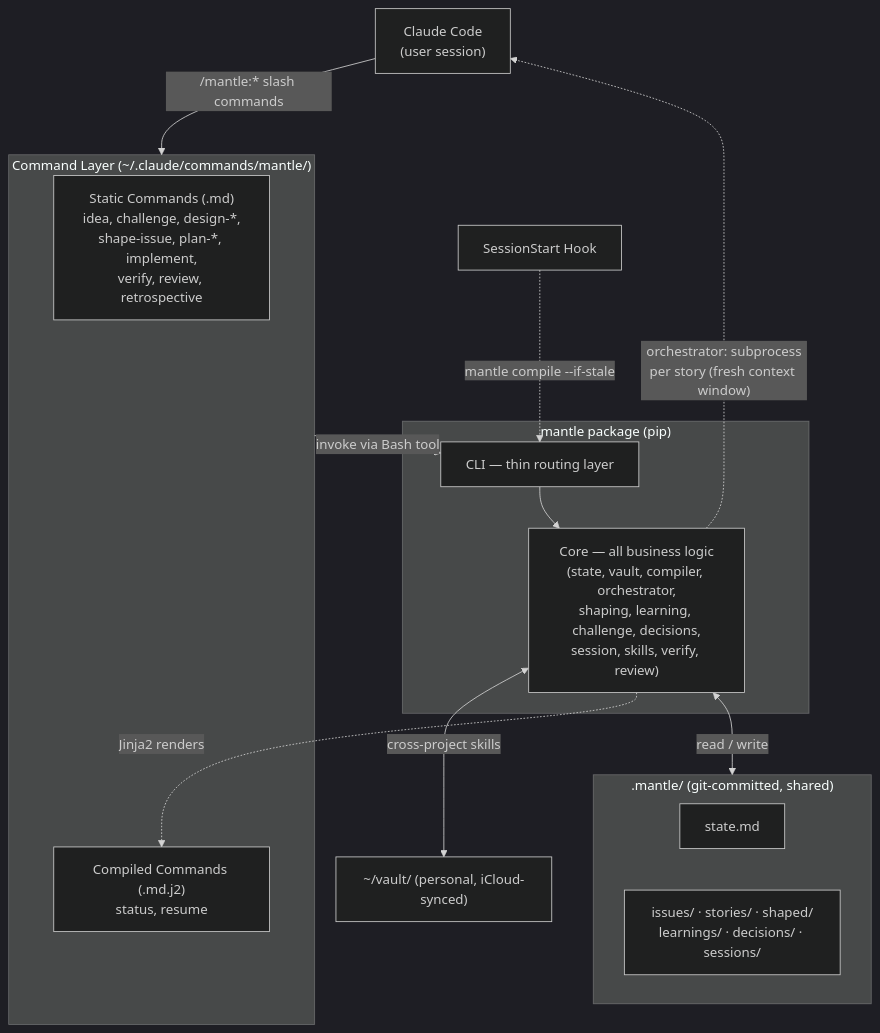
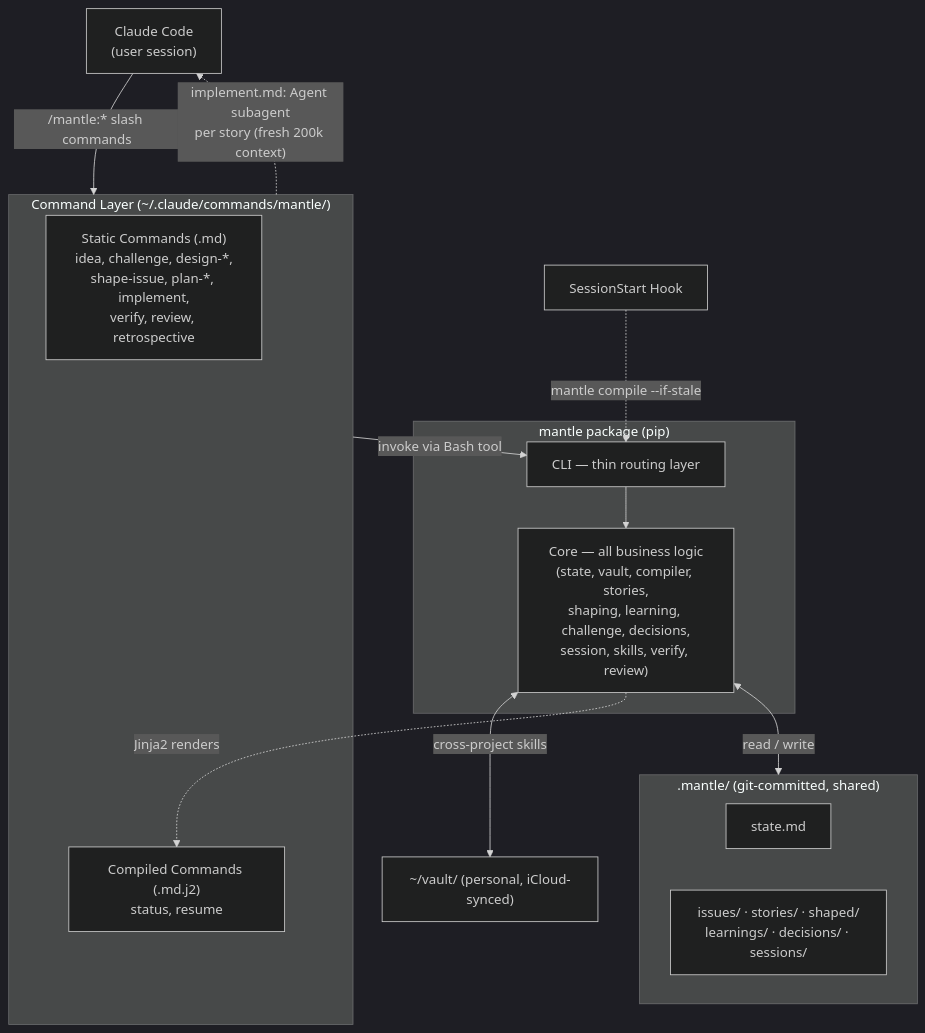
One commit to chonalchendo/mantle changed the diagram in .mantle/system-design.md. Above: the diagram before and after it, drawn with Mermaid (dark theme). The commit also changed other lines of this file and 5 other files, not shown here.

````diff
--- a/.mantle/system-design.md
+++ b/.mantle/system-design.md
@@ -55,32 +55,32 @@
 ```mermaid
 flowchart TD
     cc["Claude Code<br/>(user session)"]
 
     cc -->|"/mantle:* slash commands"| cmds
 
     subgraph cmds ["Command Layer (~/.claude/commands/mantle/)"]
         static["Static Commands (.md)<br/>idea, challenge, design-*,<br/>shape-issue, plan-*, implement,<br/>verify, review, retrospective"]
         compiled["Compiled Commands (.md.j2)<br/>status, resume"]
     end
 
     cmds -->|"invoke via Bash tool"| cli
 
     subgraph pkg ["mantle package (pip)"]
         cli["CLI — thin routing layer"]
-        core["Core — all business logic<br/>(state, vault, compiler, orchestrator,<br/>shaping, learning, challenge, decisions,<br/>session, skills, verify, review)"]
+        core["Core — all business logic<br/>(state, vault, compiler, stories,<br/>shaping, learning, challenge, decisions,<br/>session, skills, verify, review)"]
         cli --> core
     end
 
     core <-->|"read / write"| dotmantle
 
     subgraph dotmantle [".mantle/ (git-committed, shared)"]
         state["state.md"]
         artifacts["issues/ · stories/ · shaped/<br/>learnings/ · decisions/ · sessions/"]
     end
 
     core <-->|"cross-project skills"| vault["~/vault/ (personal, iCloud-synced)"]
 
     hook["SessionStart Hook"] -.->|"mantle compile --if-stale"| cli
     core -.->|"Jinja2 renders"| compiled
-    core -.->|"orchestrator: subprocess<br/>per story (fresh context window)"| cc
+    cmds -.->|"implement.md: Agent subagent<br/>per story (fresh 200k context)"| cc
 ```
````
